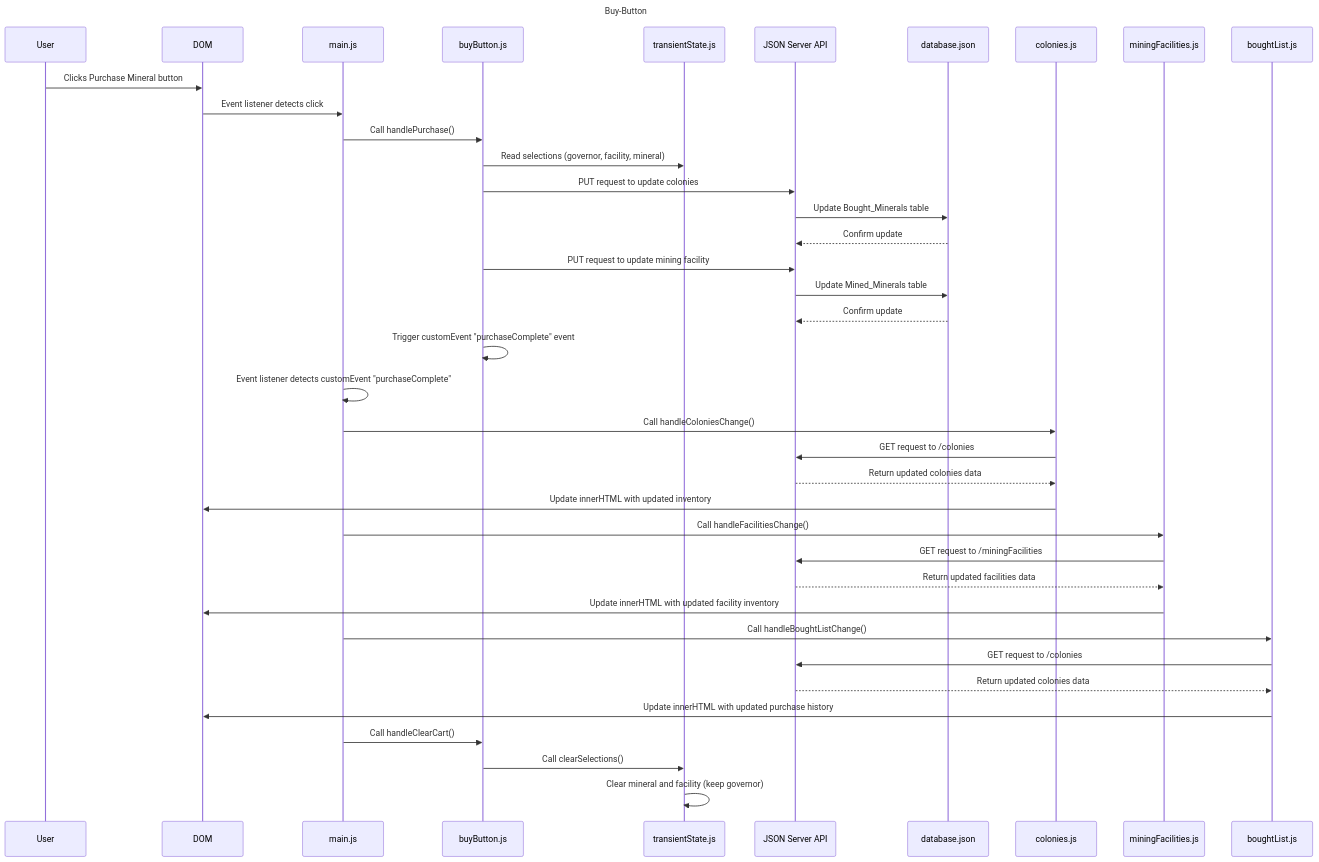
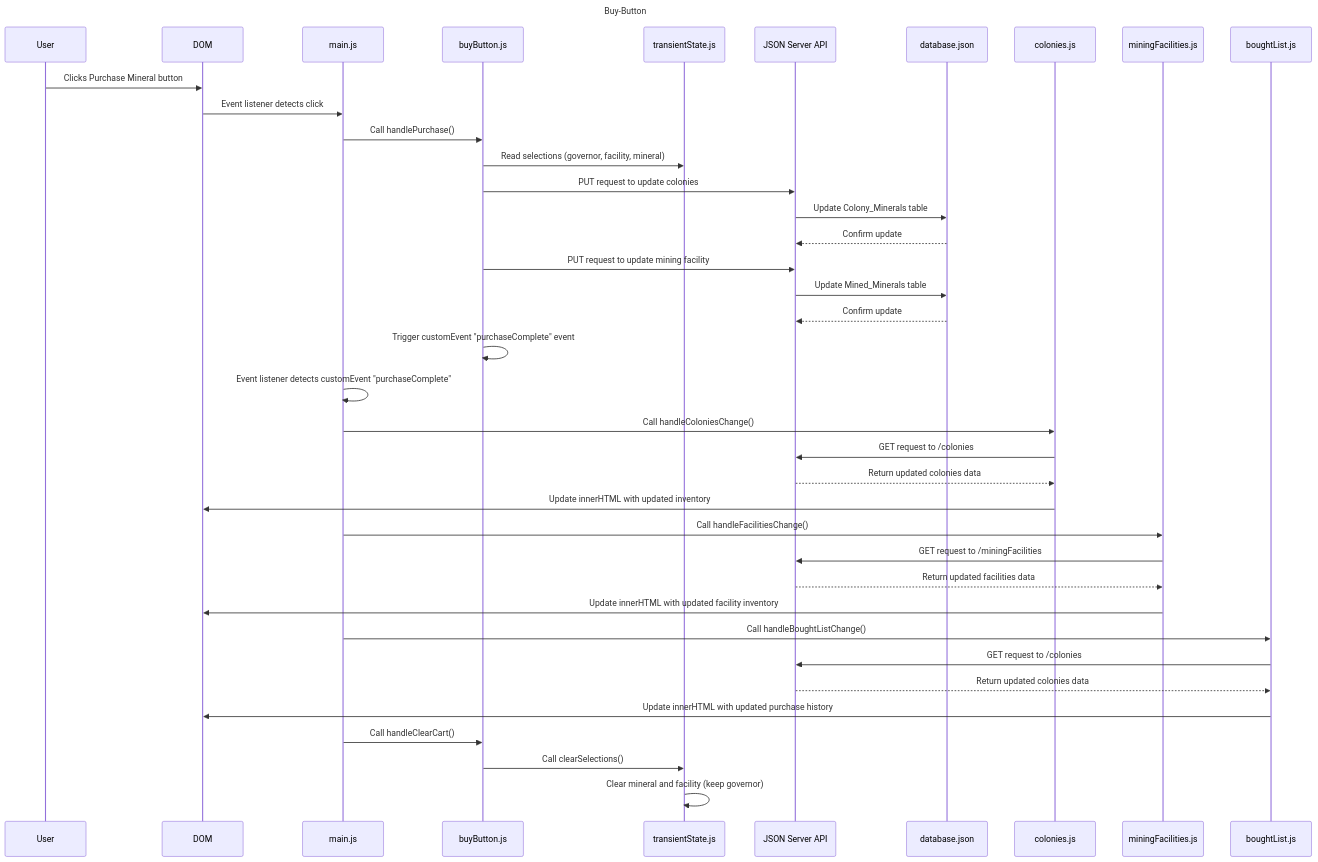
The fifth of 5 diagrams in planning/SequenceDiagrams.md (NSS-Day-Cohort-79/Exomine-client-gloqcd), drawn with Mermaid before and after one commit.

Commit message:
fixed mislabeled table in buyButton sequence diagram

````diff
--- a/planning/SequenceDiagrams.md
+++ b/planning/SequenceDiagrams.md
@@ -172,46 +172,46 @@
 ```mermaid
 
 sequenceDiagram
 
 Title: Buy-Button
 
     participant User
     participant DOM
     participant main.js
     participant buyButton.js
     participant transientState.js
     participant API as JSON Server API
     participant DB as database.json
     participant colonies.js
     participant miningFacilities.js
     participant boughtList.js
 
     User->>DOM: Clicks Purchase Mineral button
     DOM->>main.js: Event listener detects click
     main.js->>buyButton.js: Call handlePurchase()
     buyButton.js->>transientState.js: Read selections (governor, facility, mineral)
     buyButton.js->>API: PUT request to update colonies
-    API->>DB: Update Bought_Minerals table
+    API->>DB: Update Colony_Minerals table
     DB-->>API: Confirm update
     buyButton.js->>API: PUT request to update mining facility
     API->>DB: Update Mined_Minerals table
     DB-->>API: Confirm update
     buyButton.js->>buyButton.js: Trigger customEvent "purchaseComplete" event
     main.js->>main.js: Event listener detects customEvent "purchaseComplete"
     main.js->>colonies.js: Call handleColoniesChange()
     colonies.js->>API: GET request to /colonies
     API-->>colonies.js: Return updated colonies data
     colonies.js->>DOM: Update innerHTML with updated inventory
     main.js->>miningFacilities.js: Call handleFacilitiesChange()
     miningFacilities.js->>API: GET request to /miningFacilities
     API-->>miningFacilities.js: Return updated facilities data
     miningFacilities.js->>DOM: Update innerHTML with updated facility inventory
     main.js->>boughtList.js: Call handleBoughtListChange()
     boughtList.js->>API: GET request to /colonies
     API-->>boughtList.js: Return updated colonies data
     boughtList.js->>DOM: Update innerHTML with updated purchase history
     main.js->>buyButton.js: Call handleClearCart()
     buyButton.js->>transientState.js: Call clearSelections()
     transientState.js->>transientState.js: Clear mineral and facility (keep governor)
 
 ```
````
